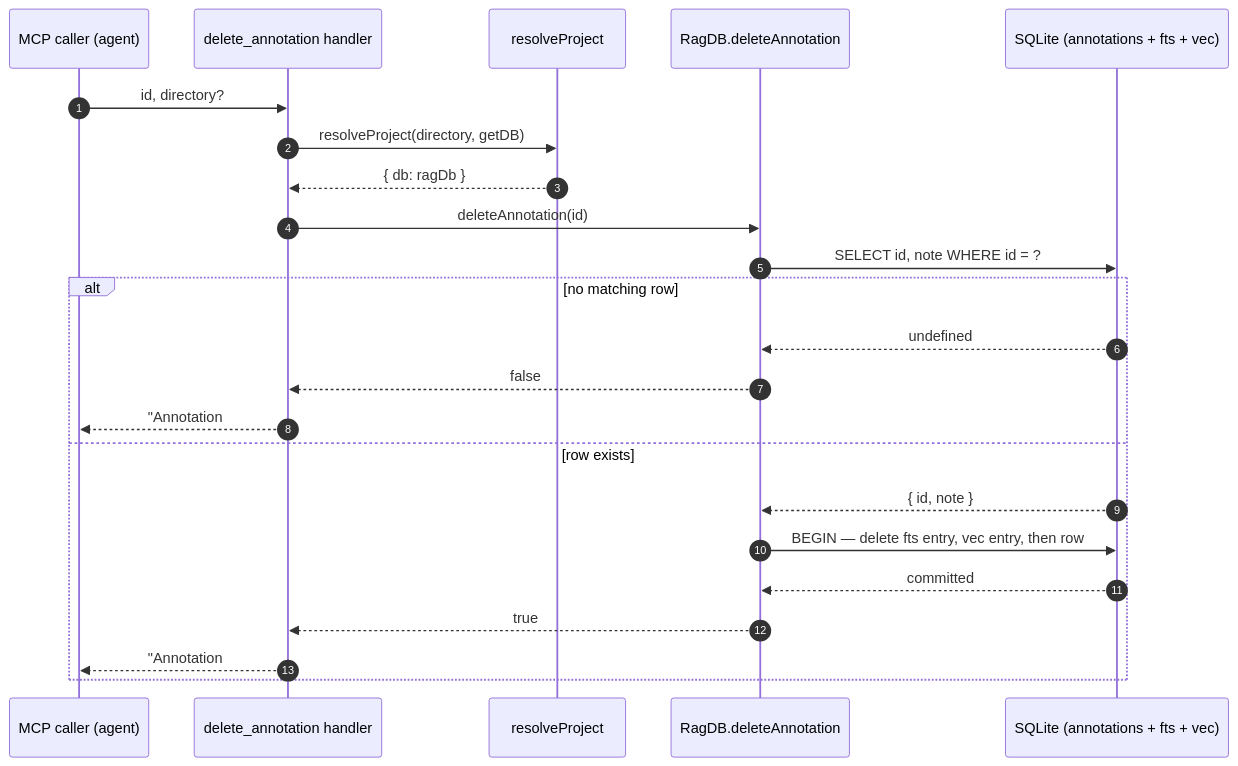
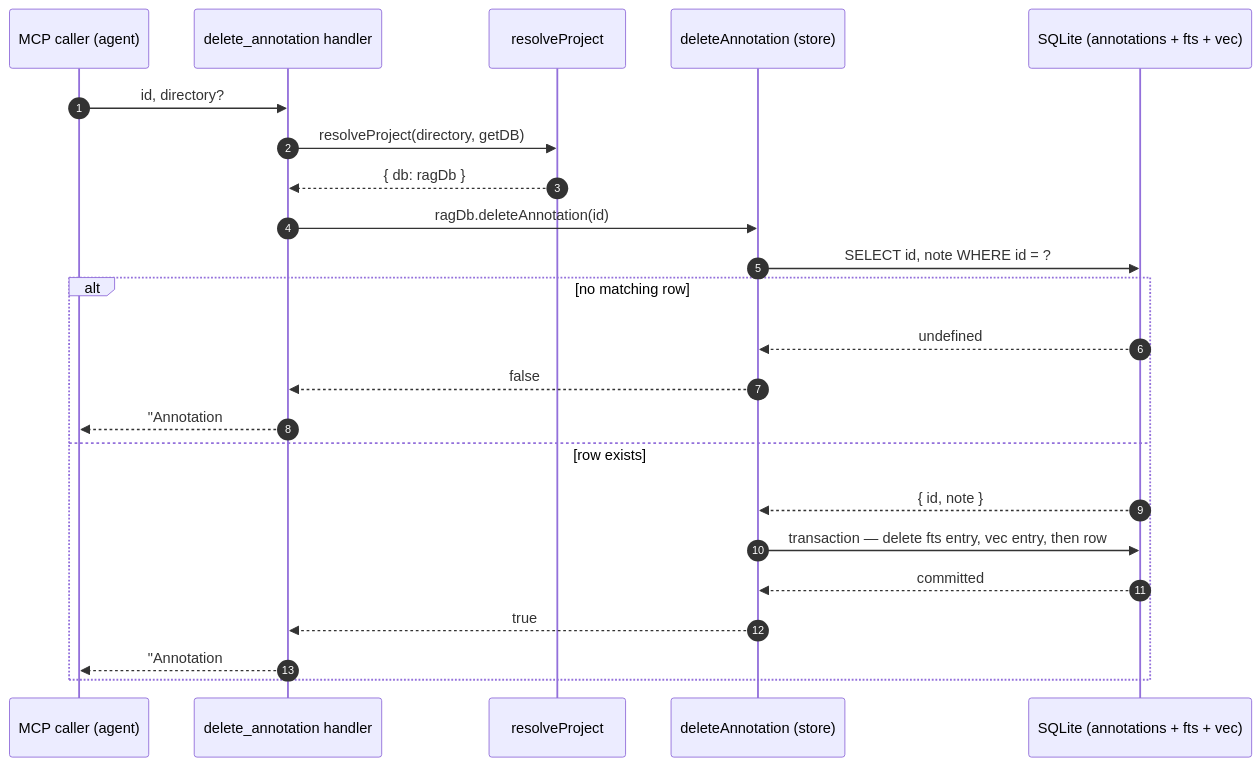
Before and after one commit to TheWinci/mimirs: the diagram in wiki/tools/delete-annotation.md, drawn with Mermaid. The commit also changed other lines of this file and 55 other files, not shown here.

````diff
--- a/wiki/tools/delete-annotation.md
+++ b/wiki/tools/delete-annotation.md
@@ -31,26 +29,26 @@
 ```mermaid
 sequenceDiagram
     autonumber
     participant Caller as MCP caller (agent)
-    participant Tool as delete_annotation handler
+    participant Handler as delete_annotation handler
     participant Resolve as resolveProject
-    participant DB as RagDB.deleteAnnotation
+    participant Store as deleteAnnotation (store)
     participant SQLite as SQLite (annotations + fts + vec)
 
-    Caller->>Tool: id, directory?
-    Tool->>Resolve: resolveProject(directory, getDB)
-    Resolve-->>Tool: { db: ragDb }
-    Tool->>DB: deleteAnnotation(id)
-    DB->>SQLite: SELECT id, note WHERE id = ?
+    Caller->>Handler: id, directory?
+    Handler->>Resolve: resolveProject(directory, getDB)
+    Resolve-->>Handler: { db: ragDb }
+    Handler->>Store: ragDb.deleteAnnotation(id)
+    Store->>SQLite: SELECT id, note WHERE id = ?
     alt no matching row
-        SQLite-->>DB: undefined
-        DB-->>Tool: false
-        Tool-->>Caller: "Annotation #<id> not found."
+        SQLite-->>Store: undefined
+        Store-->>Handler: false
+        Handler-->>Caller: "Annotation #id not found."
     else row exists
-        SQLite-->>DB: { id, note }
-        DB->>SQLite: BEGIN — delete fts entry, vec entry, then row
-        SQLite-->>DB: committed
-        DB-->>Tool: true
-        Tool-->>Caller: "Annotation #<id> deleted."
+        SQLite-->>Store: { id, note }
+        Store->>SQLite: transaction — delete fts entry, vec entry, then row
+        SQLite-->>Store: committed
+        Store-->>Handler: true
+        Handler-->>Caller: "Annotation #id deleted."
     end
 ```
````
